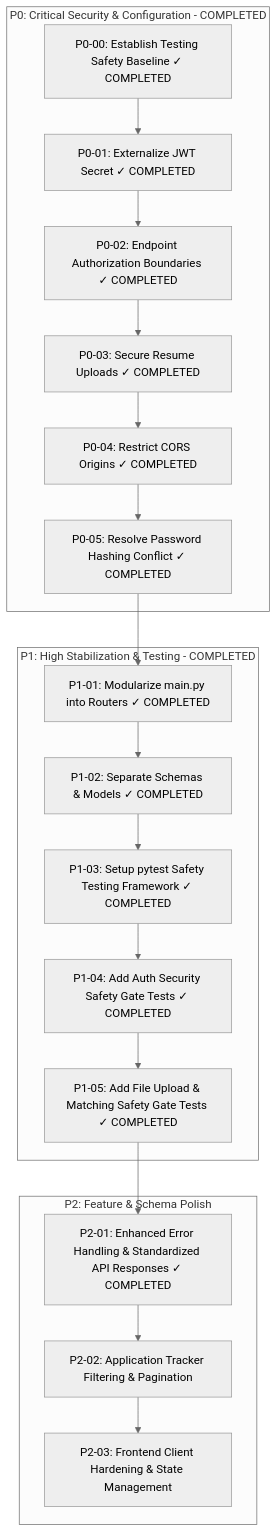
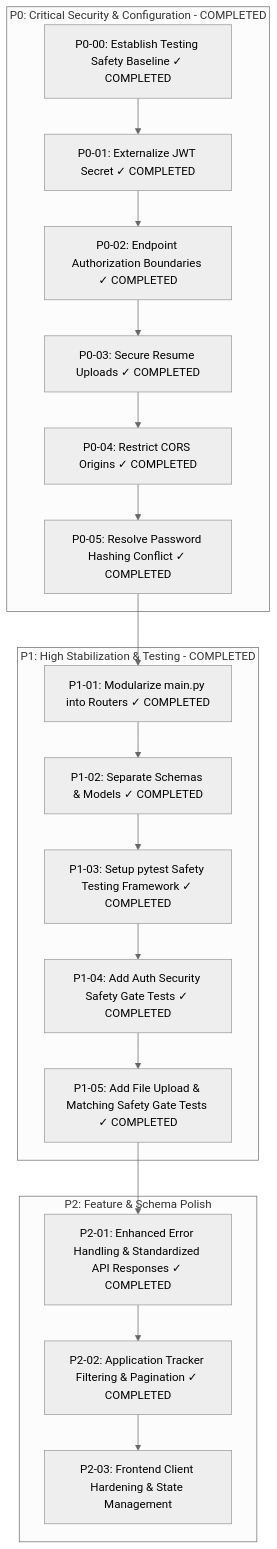
One commit to AlvinMutie/Job-seer changed the diagram in docs/ROADMAP.md. Above: the diagram before and after it, drawn with Mermaid (neutral theme). The commit also changed other lines of this file and 16 other files, not shown here.

````diff
--- a/docs/ROADMAP.md
+++ b/docs/ROADMAP.md
@@ -9,27 +9,27 @@
 ```mermaid
 flowchart TD
     subgraph P0 [P0: Critical Security & Configuration - COMPLETED]
         P0-00[P0-00: Establish Testing Safety Baseline ✓ COMPLETED]
         P0-01[P0-01: Externalize JWT Secret ✓ COMPLETED]
         P0-02[P0-02: Endpoint Authorization Boundaries ✓ COMPLETED]
         P0-03[P0-03: Secure Resume Uploads ✓ COMPLETED]
         P0-04[P0-04: Restrict CORS Origins ✓ COMPLETED]
         P0-05[P0-05: Resolve Password Hashing Conflict ✓ COMPLETED]
     end
 
     subgraph P1 [P1: High Stabilization & Testing - COMPLETED]
         P1-01[P1-01: Modularize main.py into Routers ✓ COMPLETED]
         P1-02[P1-02: Separate Schemas & Models ✓ COMPLETED]
         P1-03[P1-03: Setup pytest Safety Testing Framework ✓ COMPLETED]
         P1-04[P1-04: Add Auth Security Safety Gate Tests ✓ COMPLETED]
         P1-05[P1-05: Add File Upload & Matching Safety Gate Tests ✓ COMPLETED]
     end
 
     subgraph P2 [P2: Feature & Schema Polish]
         P2-01[P2-01: Enhanced Error Handling & Standardized API Responses ✓ COMPLETED]
-        P2-02[P2-02: Application Tracker Filtering & Pagination]
+        P2-02[P2-02: Application Tracker Filtering & Pagination ✓ COMPLETED]
         P2-03[P2-03: Frontend Client Hardening & State Management]
     end
 
     P0-00 --> P0-01 --> P0-02 --> P0-03 --> P0-04 --> P0-05 --> P1-01 --> P1-02 --> P1-03 --> P1-04 --> P1-05 --> P2-01 --> P2-02 --> P2-03
 ```
````
